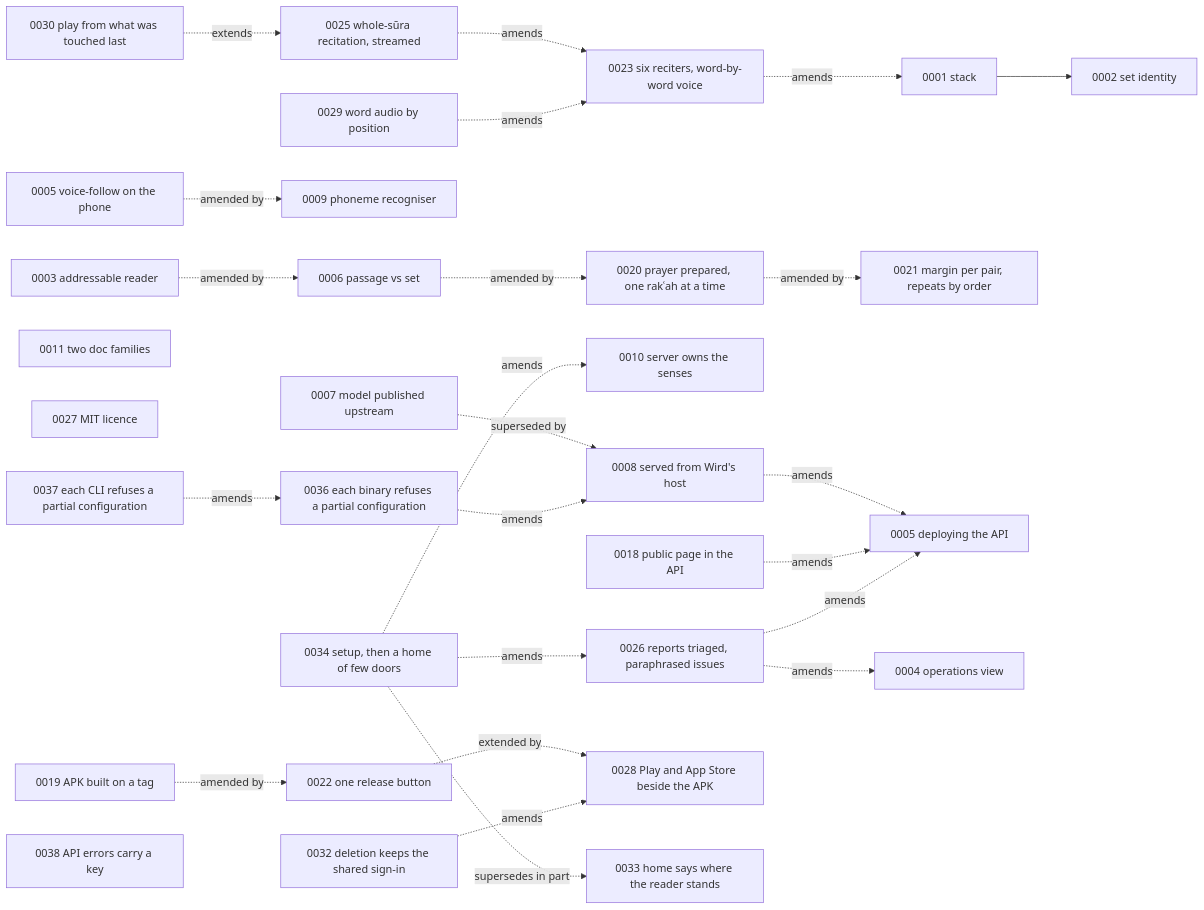
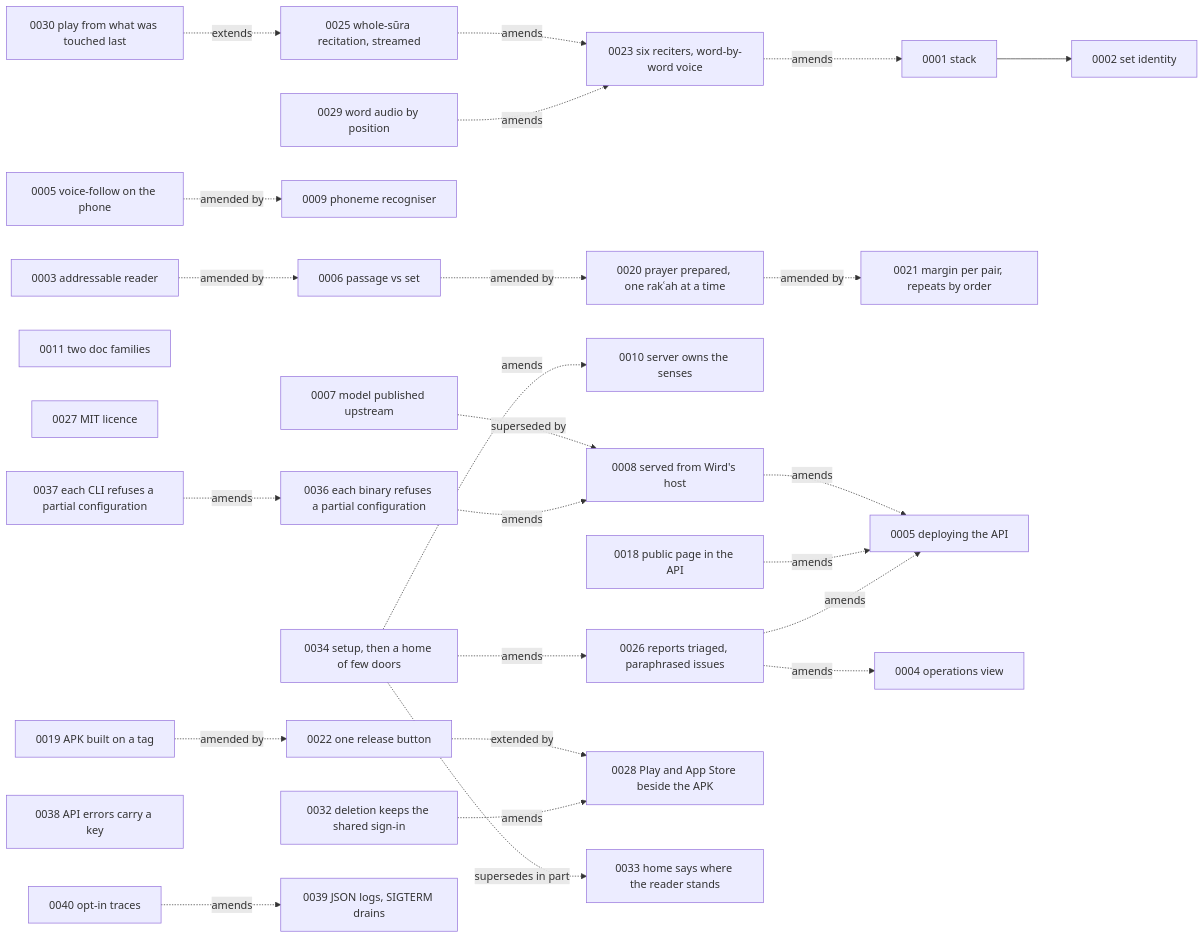
Before and after one commit to MohammadBnei/wird: the diagram in docs/adr/README.md, drawn with Mermaid. The commit also changed other lines of this file and 42 other files, not shown here.

````diff
--- a/docs/adr/README.md
+++ b/docs/adr/README.md
@@ -7,29 +7,30 @@
 ```mermaid
 flowchart LR
   A1[0001 stack] --> A2[0002 set identity]
   A3[0003 addressable reader] -. amended by .-> A6[0006 passage vs set]
   A6 -. amended by .-> A20[0020 prayer prepared, one rakʿah at a time]
   A20 -. amended by .-> A21[0021 margin per pair, repeats by order]
   A19[0019 APK built on a tag] -. amended by .-> A22[0022 one release button]
   A5v[0005 voice-follow on the phone] -. amended by .-> A9[0009 phoneme recogniser]
   A7[0007 model published upstream] -. superseded by .-> A8[0008 served from Wird's host]
   A8 -. amends .-> A5d[0005 deploying the API]
   A10[0010 server owns the senses]
   A11[0011 two doc families]
   A18[0018 public page in the API] -. amends .-> A5d
   A23[0023 six reciters, word-by-word voice] -. amends .-> A1
   A25[0025 whole-sūra recitation, streamed] -. amends .-> A23
   A26[0026 reports triaged, paraphrased issues] -. amends .-> A4[0004 operations view]
   A26 -. amends .-> A5d
   A27[0027 MIT licence]
   A29[0029 word audio by position] -. amends .-> A23
   A30[0030 play from what was touched last] -. extends .-> A25
   A22 -. extended by .-> A28[0028 Play and App Store beside the APK]
   A32[0032 deletion keeps the shared sign-in] -. amends .-> A28
   A34[0034 setup, then a home of few doors] -. supersedes in part .-> A33[0033 home says where the reader stands]
   A34 -. amends .-> A10
   A34 -. amends .-> A26
   A36[0036 each binary refuses a partial configuration] -. amends .-> A8
   A37[0037 each CLI refuses a partial configuration] -. amends .-> A36
   A38[0038 API errors carry a key]
+  A40[0040 opt-in traces] -. amends .-> A39[0039 JSON logs, SIGTERM drains]
 ```
````
